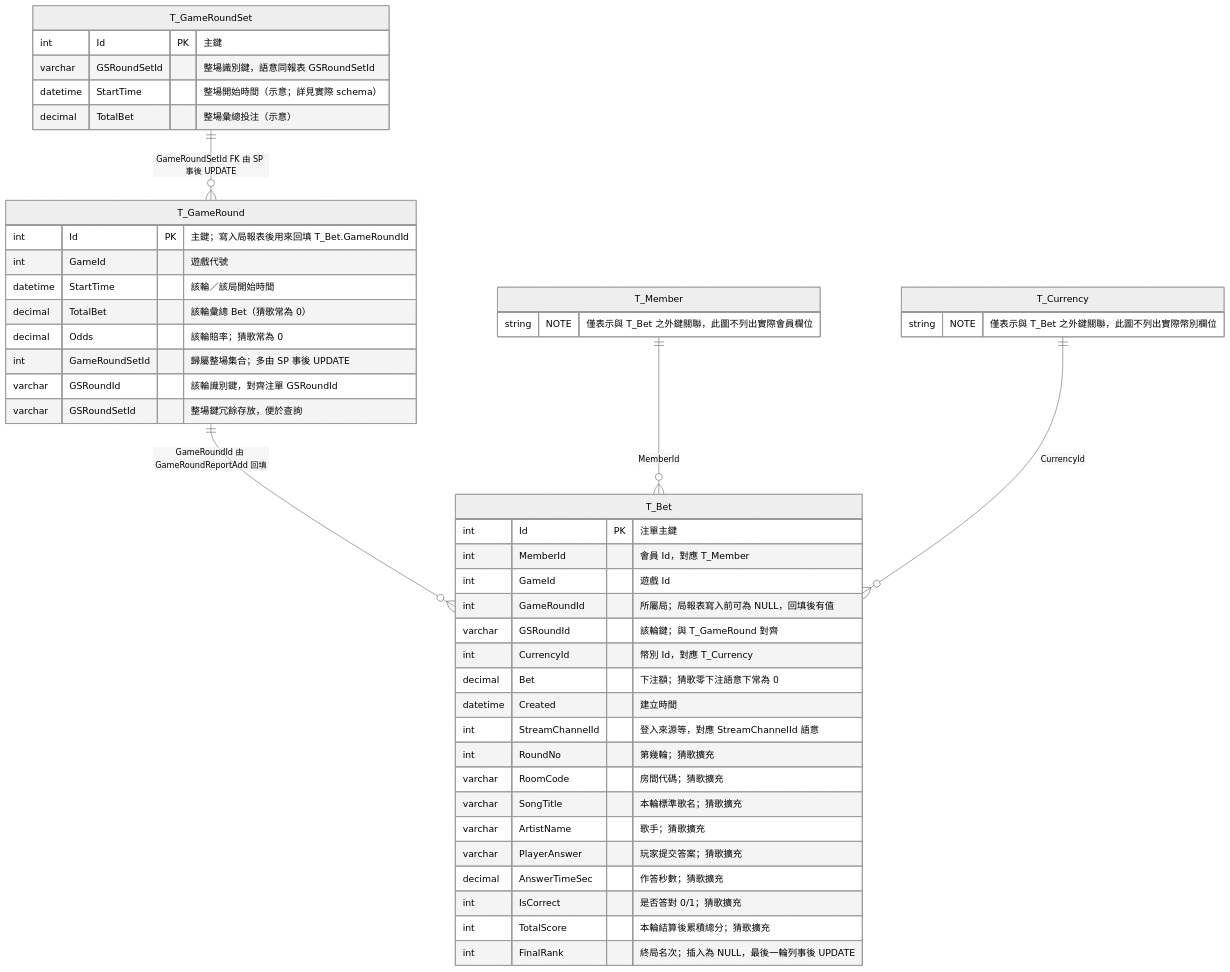
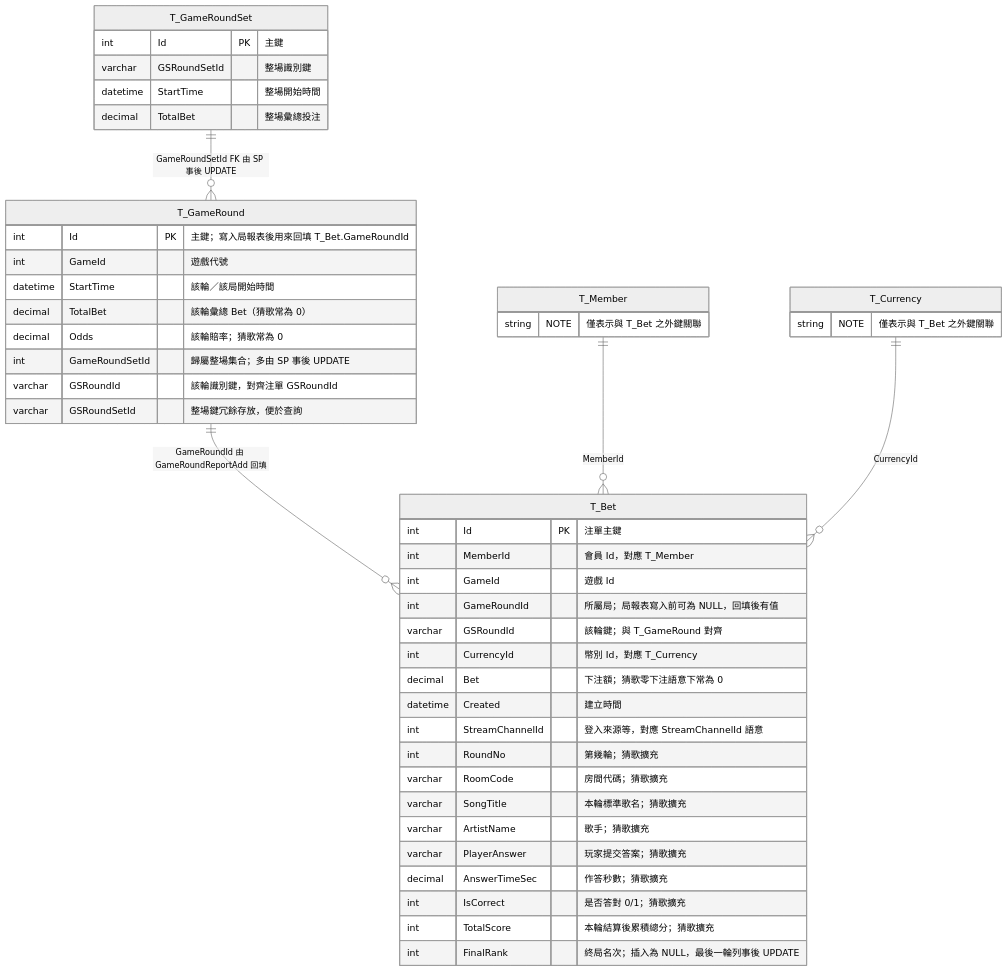
Before and after one commit to gureaisu/gureaisu.github.io: the diagram in _posts/2026-03-25-guesssong-dbreport-change-note.md, drawn with Mermaid (neutral theme).

````diff
--- a/_posts/2026-03-25-guesssong-dbreport-change-note.md
+++ b/_posts/2026-03-25-guesssong-dbreport-change-note.md
@@ -48,54 +48,54 @@
 ```mermaid
 erDiagram
   T_GameRoundSet ||--o{ T_GameRound : "GameRoundSetId FK 由 SP 事後 UPDATE"
   T_GameRound ||--o{ T_Bet : "GameRoundId 由 GameRoundReportAdd 回填"
   T_Member ||--o{ T_Bet : MemberId
   T_Currency ||--o{ T_Bet : CurrencyId
 
   T_GameRoundSet {
     int Id PK "主鍵"
-    varchar GSRoundSetId "整場識別鍵，語意同報表 GSRoundSetId"
-    datetime StartTime "整場開始時間（示意；詳見實際 schema）"
-    decimal TotalBet "整場彙總投注（示意）"
+    varchar GSRoundSetId "整場識別鍵"
+    datetime StartTime "整場開始時間"
+    decimal TotalBet "整場彙總投注"
   }
 
   T_GameRound {
     int Id PK "主鍵；寫入局報表後用來回填 T_Bet.GameRoundId"
     int GameId "遊戲代號"
     datetime StartTime "該輪／該局開始時間"
     decimal TotalBet "該輪彙總 Bet（猜歌常為 0）"
     decimal Odds "該輪賠率；猜歌常為 0"
     int GameRoundSetId "歸屬整場集合；多由 SP 事後 UPDATE"
     varchar GSRoundId "該輪識別鍵，對齊注單 GSRoundId"
     varchar GSRoundSetId "整場鍵冗餘存放，便於查詢"
   }
 
   T_Bet {
     int Id PK "注單主鍵"
     int MemberId "會員 Id，對應 T_Member"
     int GameId "遊戲 Id"
     int GameRoundId "所屬局；局報表寫入前可為 NULL，回填後有值"
     varchar GSRoundId "該輪鍵；與 T_GameRound 對齊"
     int CurrencyId "幣別 Id，對應 T_Currency"
     decimal Bet "下注額；猜歌零下注語意下常為 0"
     datetime Created "建立時間"
     int StreamChannelId "登入來源等，對應 StreamChannelId 語意"
     int RoundNo "第幾輪；猜歌擴充"
     varchar RoomCode "房間代碼；猜歌擴充"
     varchar SongTitle "本輪標準歌名；猜歌擴充"
     varchar ArtistName "歌手；猜歌擴充"
     varchar PlayerAnswer "玩家提交答案；猜歌擴充"
     decimal AnswerTimeSec "作答秒數；猜歌擴充"
     int IsCorrect "是否答對 0/1；猜歌擴充"
     int TotalScore "本輪結算後累積總分；猜歌擴充"
     int FinalRank "終局名次；插入為 NULL，最後一輪列事後 UPDATE"
   }
 
   T_Member {
-    string NOTE "僅表示與 T_Bet 之外鍵關聯，此圖不列出實際會員欄位"
+    string NOTE "僅表示與 T_Bet 之外鍵關聯"
   }
 
   T_Currency {
-    string NOTE "僅表示與 T_Bet 之外鍵關聯，此圖不列出實際幣別欄位"
+    string NOTE "僅表示與 T_Bet 之外鍵關聯"
   }
 ```
````
